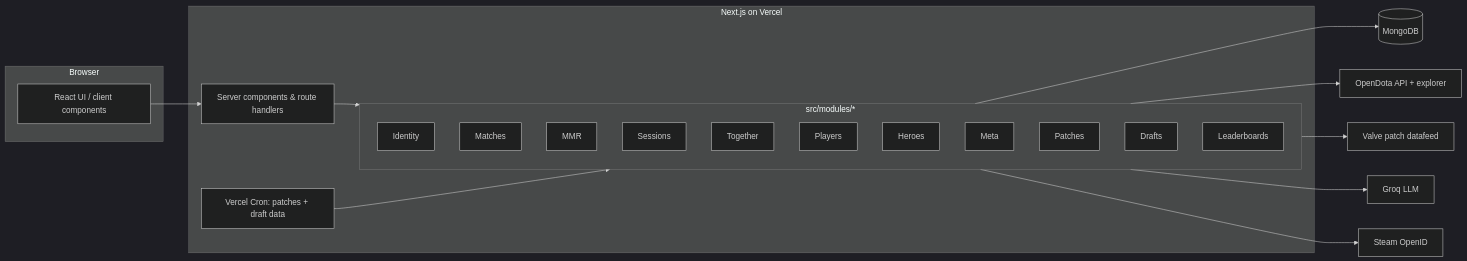
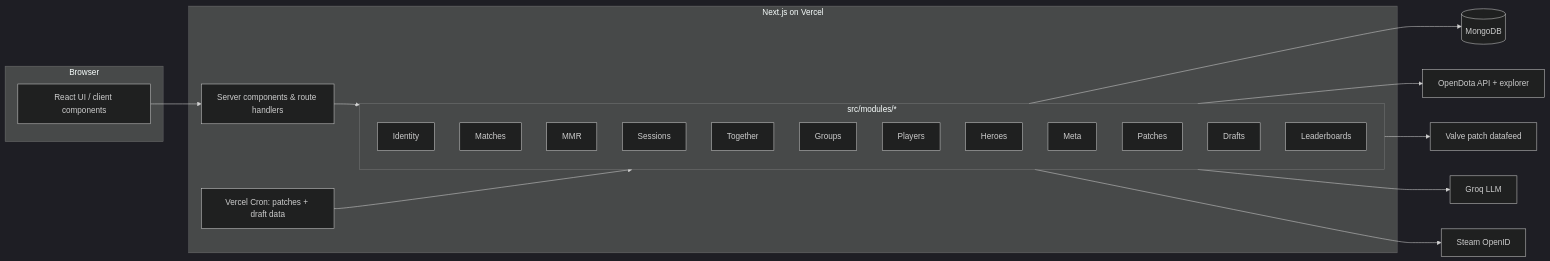
The diagram in README.md (thisisdajaaa/dota-den), drawn with Mermaid (dark theme) before and after one commit. The commit also changed other lines of this file and 63 other files, not shown here.

````diff
--- a/README.md
+++ b/README.md
@@ -166,20 +169,20 @@
 ```mermaid
 flowchart LR
   subgraph Browser
     UI[React UI / client components]
   end
   subgraph Vercel["Next.js on Vercel"]
     Pages[Server components & route handlers]
     subgraph Modules["src/modules/*"]
-      Identity & Matches & MMR & Sessions & Together & Players & Heroes & Meta & Patches & Drafts & Leaderboards
+      Identity & Matches & MMR & Sessions & Together & Groups & Players & Heroes & Meta & Patches & Drafts & Leaderboards
     end
     Cron[Vercel Cron: patches + draft data]
   end
   UI --> Pages --> Modules
   Cron --> Modules
   Modules --> Mongo[(MongoDB)]
   Modules --> OpenDota[OpenDota API + explorer]
   Modules --> Valve[Valve patch datafeed]
   Modules --> Groq[Groq LLM]
   Modules --> Steam[Steam OpenID]
 ```
````
